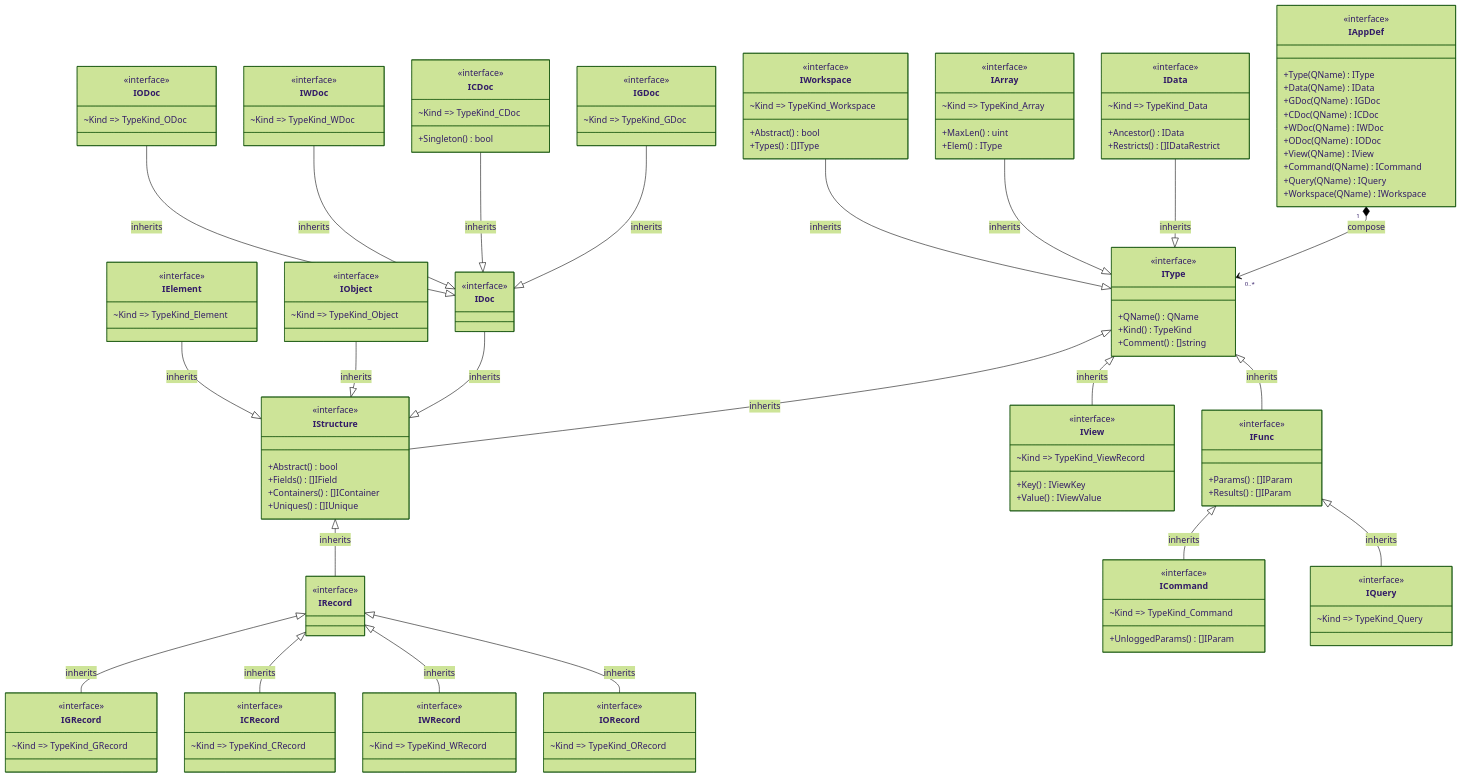
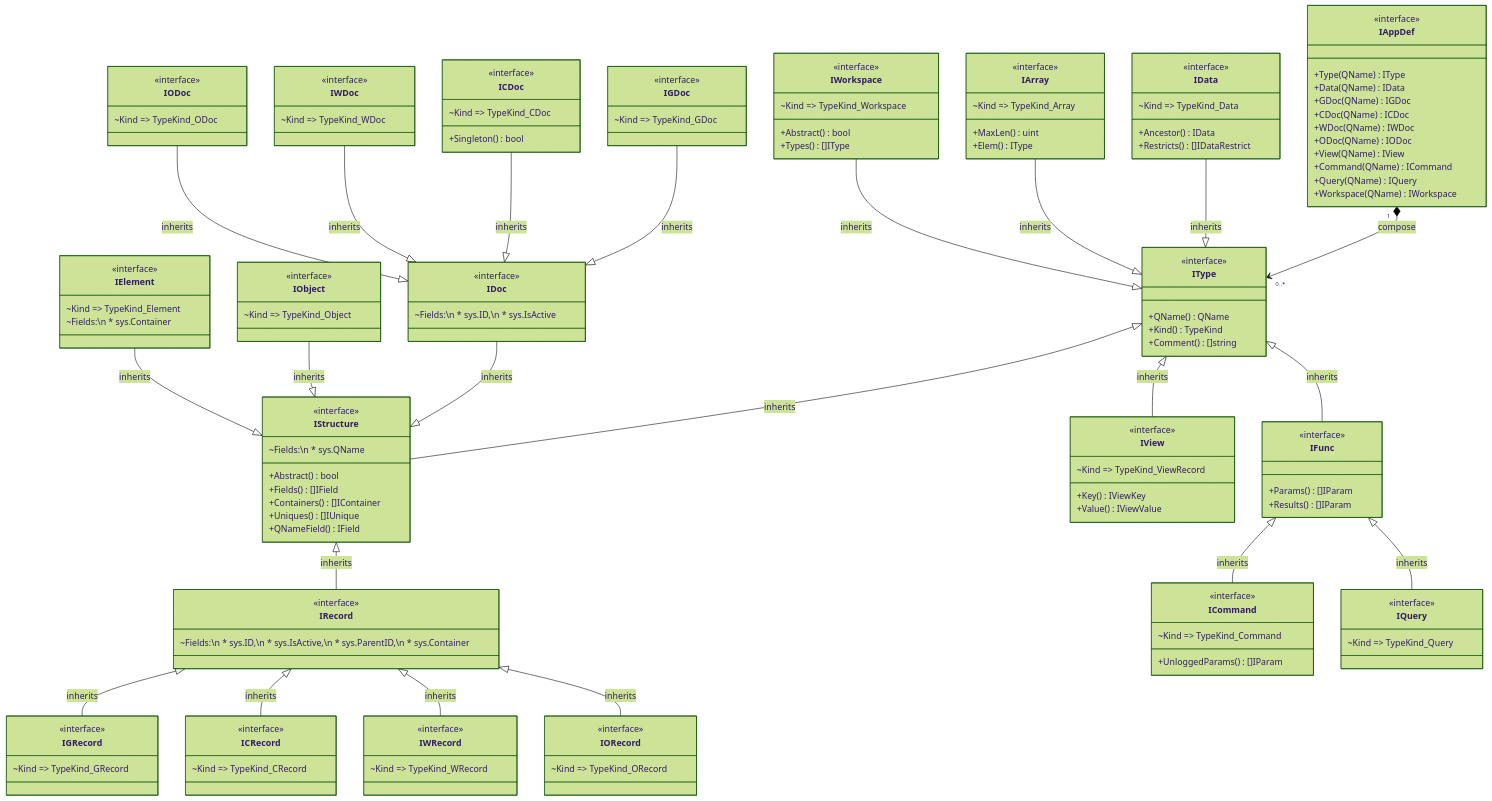
Before and after one commit to voedger/voedger: the first of 5 diagrams in pkg/appdef/README.md, drawn with Mermaid (forest theme).

Commit message:
read.me update

```diff
--- a/pkg/appdef/README.md
+++ b/pkg/appdef/README.md
@@ -49,15 +49,18 @@
     IType <|-- IStructure : inherits
     class IStructure {
         <<interface>>
+        ~Fields:\n * sys.QName
         +Abstract() bool
         +Fields() []IField
         +Containers() []IContainer
         +Uniques() []IUnique
+        +QNameField() IField
     }
 
     IDoc --|> IStructure : inherits
     class IDoc {
         <<interface>>
+        ~Fields:\n * sys.ID,\n * sys.IsActive
     }
 
     IGDoc --|> IDoc : inherits
@@ -88,6 +91,7 @@
     IStructure <|-- IRecord  : inherits
     class IRecord {
         <<interface>>
+        ~Fields:\n * sys.ID,\n * sys.IsActive,\n * sys.ParentID,\n * sys.Container
     }
 
     IRecord <|-- IGRecord : inherits
@@ -124,6 +128,7 @@
     class IElement {
         <<interface>>
         ~Kind => TypeKind_Element
+        ~Fields:\n * sys.Container
     }
 
     IType <|-- IView : inherits
```
